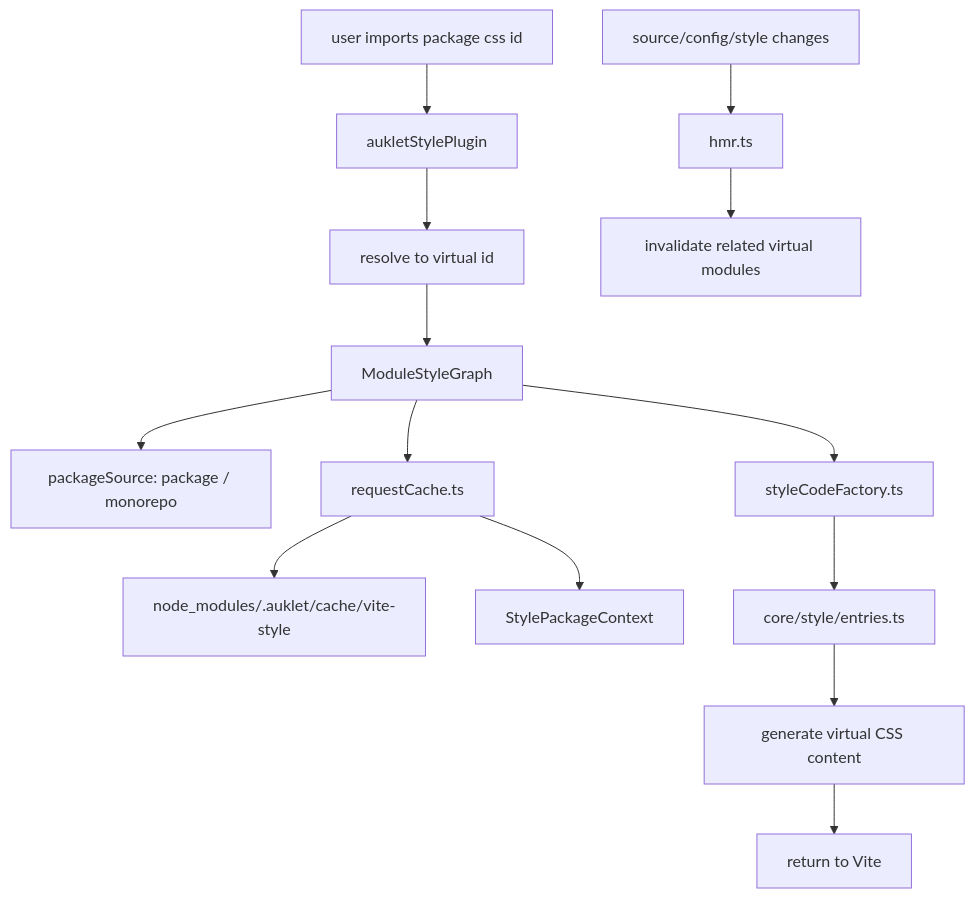
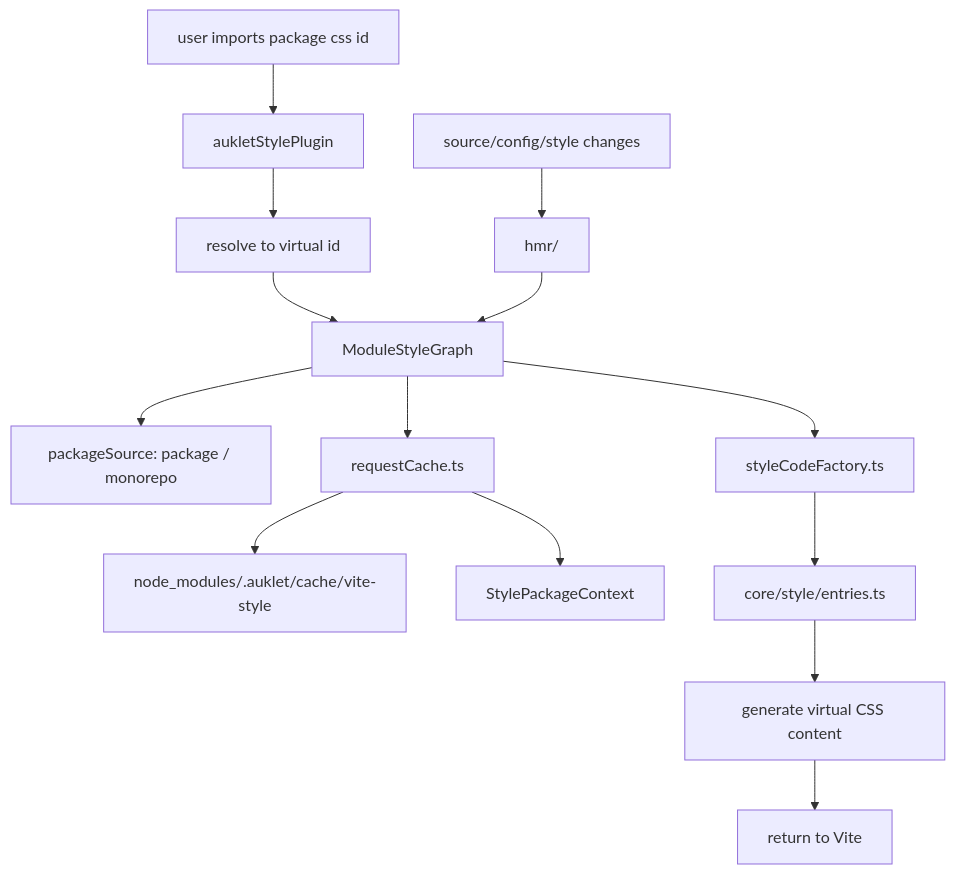
The second of 2 diagrams in docs/css.md (imtaotao/auklet), drawn with Mermaid before and after one commit. The commit also changed other lines of this file and 79 other files, not shown here.

````diff
--- a/docs/css.md
+++ b/docs/css.md
@@ -279,16 +358,16 @@
 ```mermaid
 flowchart TD
   Import["user imports package css id"] --> Plugin["aukletStylePlugin"]
   Plugin --> ResolveId["resolve to virtual id"]
   ResolveId --> Graph["ModuleStyleGraph"]
   Graph --> Source["packageSource: package / monorepo"]
   Graph --> Cache["requestCache.ts"]
   Cache --> DiskCache["node_modules/.auklet/cache/vite-style"]
   Cache --> PackageContext["StylePackageContext"]
   Graph --> Factory["styleCodeFactory.ts"]
   Factory --> SharedGraph["core/style/entries.ts"]
   SharedGraph --> LoadStyle["generate virtual CSS content"]
   LoadStyle --> Vite["return to Vite"]
-  FileChange["source/config/style changes"] --> Hmr["hmr.ts"]
-  Hmr --> Invalidate["invalidate related virtual modules"]
+  FileChange["source/config/style changes"] --> Hmr["hmr/"]
+  Hmr --> Graph
 ```
````
